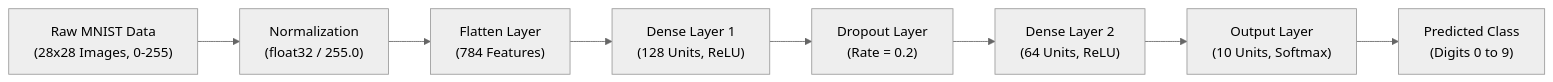
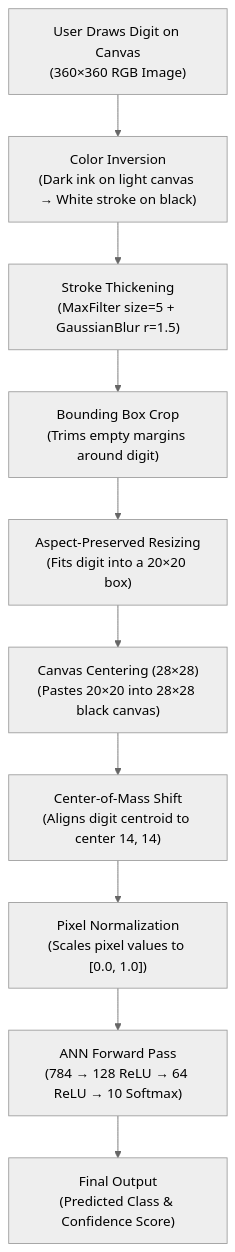
The diagram in README.md (shubh593/Handwritten-Digit-Recognition-using-ANN), drawn with Mermaid (neutral theme) before and after one commit. The commit also changed other lines of this file and 5 other files, not shown here.

Commit message:
docs: update README with live interactive demo, preprocessing pipeline, and model architecture details

````diff
--- a/README.md
+++ b/README.md
@@ -63,10 +97,12 @@
 ```mermaid
-flowchart LR
-    A["Raw MNIST Data<br/>(28x28 Images, 0-255)"] --> B["Normalization<br/>(float32 / 255.0)"]
-    B --> C["Flatten Layer<br/>(784 Features)"]
-    C --> D["Dense Layer 1<br/>(128 Units, ReLU)"]
-    D --> E["Dropout Layer<br/>(Rate = 0.2)"]
-    E --> F["Dense Layer 2<br/>(64 Units, ReLU)"]
-    F --> G["Output Layer<br/>(10 Units, Softmax)"]
-    G --> H["Predicted Class<br/>(Digits 0 to 9)"]
+flowchart TD
+    A["User Draws Digit on Canvas<br/>(360×360 RGB Image)"] --> B["Color Inversion<br/>(Dark ink on light canvas → White stroke on black)"]
+    B --> C["Stroke Thickening<br/>(MaxFilter size=5 + GaussianBlur r=1.5)"]
+    C --> D["Bounding Box Crop<br/>(Trims empty margins around digit)"]
+    D --> E["Aspect-Preserved Resizing<br/>(Fits digit into a 20×20 box)"]
+    E --> F["Canvas Centering (28×28)<br/>(Pastes 20×20 into 28×28 black canvas)"]
+    F --> G["Center-of-Mass Shift<br/>(Aligns digit centroid to center 14, 14)"]
+    G --> H["Pixel Normalization<br/>(Scales pixel values to [0.0, 1.0])"]
+    H --> I["ANN Forward Pass<br/>(784 → 128 ReLU → 64 ReLU → 10 Softmax)"]
+    I --> J["Final Output<br/>(Predicted Class & Confidence Score)"]
 ```
````
